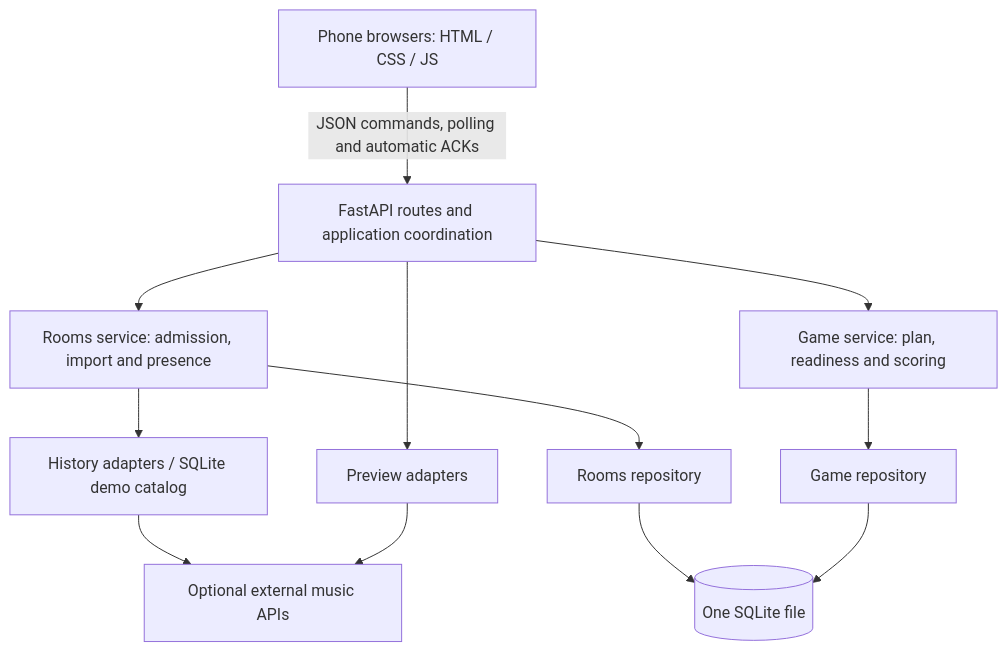
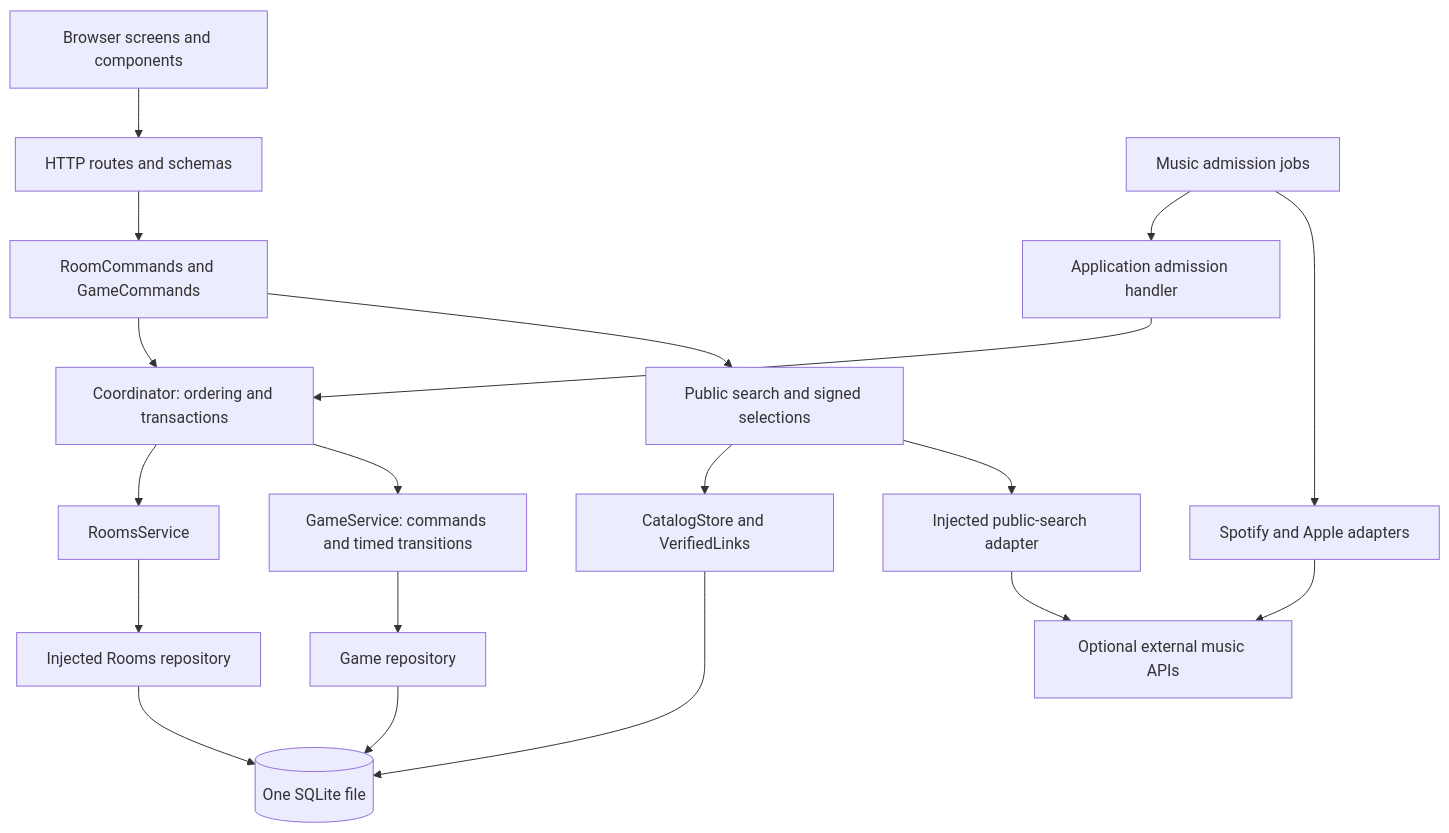
One commit to Inventure71/DevOpsAssignement changed the diagram in docs/05_ARCHITECTURE.md. Above: the diagram before and after it, drawn with Mermaid. The commit also changed other lines of this file and 170 other files, not shown here.

Commit message:
Refine architecture, launchers and UI; standardize Demo on the 100-song Drive pack

````diff
--- a/docs/05_ARCHITECTURE.md
+++ b/docs/05_ARCHITECTURE.md
@@ -42,14 +24,21 @@
 ```mermaid
 flowchart TD
-    Browser["Phone browsers: HTML / CSS / JS"] -->|"JSON commands, polling and automatic ACKs"| App["FastAPI routes and application coordination"]
-    App --> Rooms["Rooms service: admission, import and presence"]
-    App --> Game["Game service: plan, readiness and scoring"]
-    Rooms --> History["History adapters / SQLite demo catalog"]
-    History --> Providers["Optional external music APIs"]
-    App --> Audio["Preview adapters"]
-    Audio --> Providers
-    Rooms --> RoomsStore["Rooms repository"]
-    Game --> GameStore["Game repository"]
-    RoomsStore --> SQLite[("One SQLite file")]
-    GameStore --> SQLite
+    Browser[Browser screens and components] --> HTTP[HTTP routes and schemas]
+    HTTP --> Commands[RoomCommands and GameCommands]
+    Commands --> Coordinator[Coordinator: ordering and transactions]
+    Coordinator --> Rooms[RoomsService]
+    Coordinator --> Game[GameService: commands and timed transitions]
+    Rooms --> RoomRepo[Injected Rooms repository]
+    Game --> GameRepo[Game repository]
+    Commands --> Search[Public search and signed selections]
+    Search --> Catalog[CatalogStore and VerifiedLinks]
+    Search --> Provider[Injected public-search adapter]
+    Admission[Music admission jobs] --> Handler[Application admission handler]
+    Handler --> Coordinator
+    Admission --> Music[Spotify and Apple adapters]
+    RoomRepo --> SQLite[(One SQLite file)]
+    GameRepo --> SQLite
+    Catalog --> SQLite
+    Provider --> External[Optional external music APIs]
+    Music --> External
 ```
````
